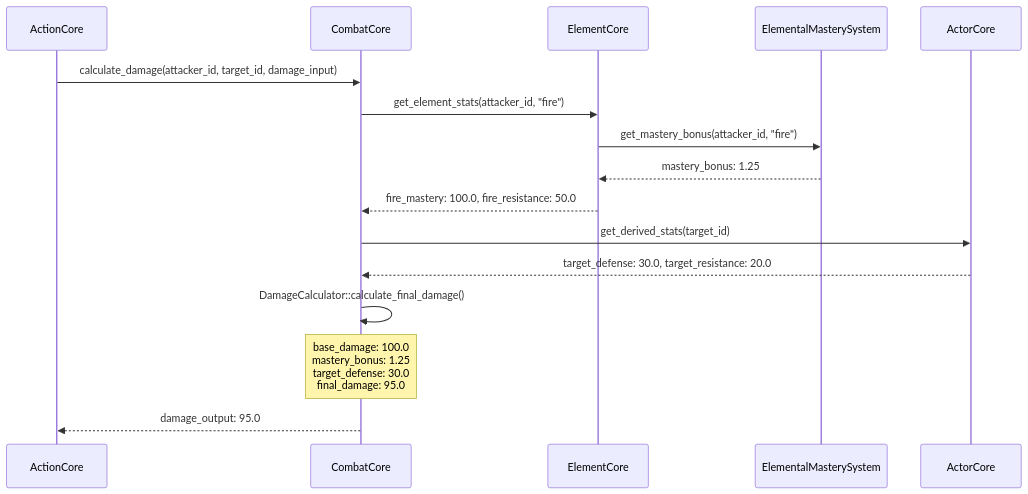
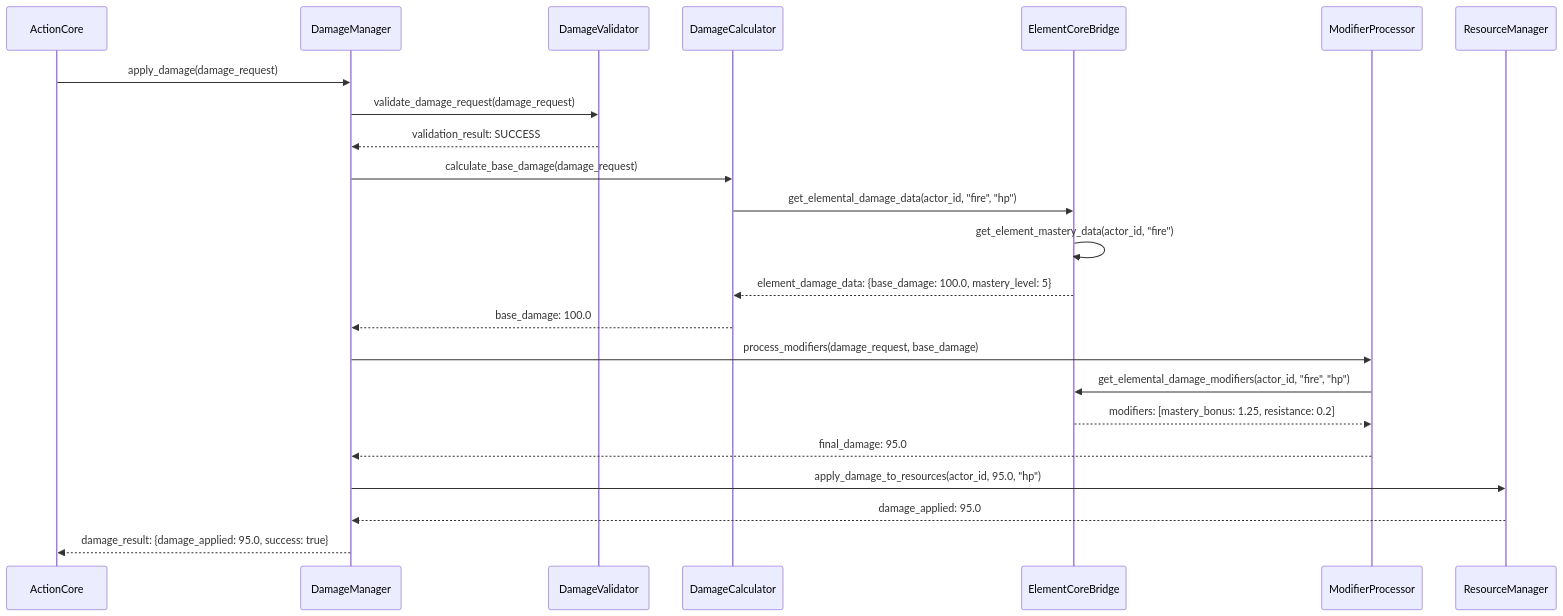
The third of 6 diagrams in docs/status-core/11_Burning_Status_Combat_Flow_Diagram.md (letuhao/chaos-backend-service), drawn with Mermaid before and after one commit. The commit also changed other lines of this file and 21 other files, not shown here.

Commit message:
add damage manager

````diff
--- a/docs/status-core/11_Burning_Status_Combat_Flow_Diagram.md
+++ b/docs/status-core/11_Burning_Status_Combat_Flow_Diagram.md
@@ -82,19 +89,26 @@
 ```mermaid
 sequenceDiagram
     participant ActionCore
-    participant CombatCore
-    participant ElementCore
-    participant ElementalMasterySystem
-    participant ActorCore
+    participant DamageManager
+    participant DamageValidator
+    participant DamageCalculator
+    participant ElementCoreBridge
+    participant ModifierProcessor
+    participant ResourceManager
     
-    ActionCore->>CombatCore: calculate_damage(attacker_id, target_id, damage_input)
-    CombatCore->>ElementCore: get_element_stats(attacker_id, "fire")
-    ElementCore->>ElementalMasterySystem: get_mastery_bonus(attacker_id, "fire")
-    ElementalMasterySystem-->>ElementCore: mastery_bonus: 1.25
-    ElementCore-->>CombatCore: fire_mastery: 100.0, fire_resistance: 50.0
-    CombatCore->>ActorCore: get_derived_stats(target_id)
-    ActorCore-->>CombatCore: target_defense: 30.0, target_resistance: 20.0
-    CombatCore->>CombatCore: DamageCalculator::calculate_final_damage()
-    Note over CombatCore: base_damage: 100.0<br/>mastery_bonus: 1.25<br/>target_defense: 30.0<br/>final_damage: 95.0
-    CombatCore-->>ActionCore: damage_output: 95.0
+    ActionCore->>DamageManager: apply_damage(damage_request)
+    DamageManager->>DamageValidator: validate_damage_request(damage_request)
+    DamageValidator-->>DamageManager: validation_result: SUCCESS
+    DamageManager->>DamageCalculator: calculate_base_damage(damage_request)
+    DamageCalculator->>ElementCoreBridge: get_elemental_damage_data(actor_id, "fire", "hp")
+    ElementCoreBridge->>ElementCoreBridge: get_element_mastery_data(actor_id, "fire")
+    ElementCoreBridge-->>DamageCalculator: element_damage_data: {base_damage: 100.0, mastery_level: 5}
+    DamageCalculator-->>DamageManager: base_damage: 100.0
+    DamageManager->>ModifierProcessor: process_modifiers(damage_request, base_damage)
+    ModifierProcessor->>ElementCoreBridge: get_elemental_damage_modifiers(actor_id, "fire", "hp")
+    ElementCoreBridge-->>ModifierProcessor: modifiers: [mastery_bonus: 1.25, resistance: 0.2]
+    ModifierProcessor-->>DamageManager: final_damage: 95.0
+    DamageManager->>ResourceManager: apply_damage_to_resources(actor_id, 95.0, "hp")
+    ResourceManager-->>DamageManager: damage_applied: 95.0
+    DamageManager-->>ActionCore: damage_result: {damage_applied: 95.0, success: true}
 ```
````
